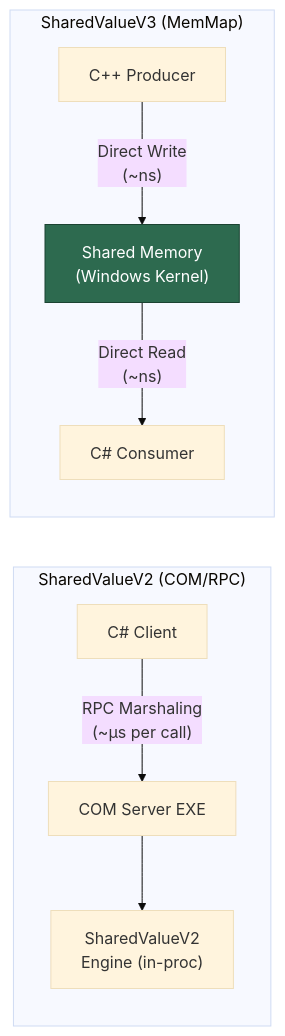
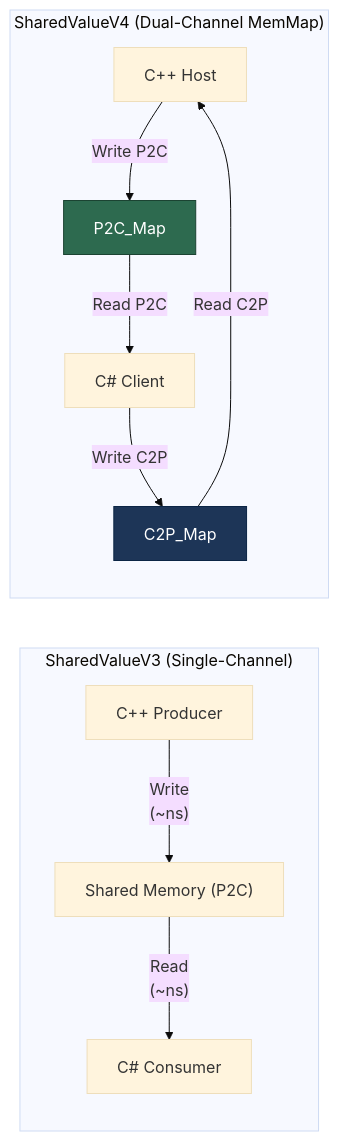
Before and after one commit to snodeplannen/sharedvar: the first of 23 diagrams in SharedValueV4/ARCHITECTURE.md, drawn with Mermaid (base theme). The commit also changed other lines of this file and 3 other files, not shown here.

First line of the commit message:
Fix Mermaid diagrams and differentiate V4 architecture docs

````diff
--- a/SharedValueV4/ARCHITECTURE.md
+++ b/SharedValueV4/ARCHITECTURE.md
@@ -33,14 +33,17 @@
 ```mermaid
 flowchart LR
-    subgraph "SharedValueV2 (COM/RPC)"
-        A["C# Client"] -->|"RPC Marshaling<br/>(~μs per call)"| B["COM Server EXE"]
-        B --> C["SharedValueV2<br/>Engine (in-proc)"]
+    subgraph "SharedValueV3 (Single-Channel)"
+        A["C++ Producer"] -->|"Write<br/>(~ns)"| B["Shared Memory (P2C)"]
+        B -->|"Read<br/>(~ns)"| C["C# Consumer"]
     end
 
-    subgraph "SharedValueV3 (MemMap)"
-        D["C++ Producer"] -->|"Direct Write<br/>(~ns)"| E["Shared Memory<br/>(Windows Kernel)"]
-        E -->|"Direct Read<br/>(~ns)"| F["C# Consumer"]
+    subgraph "SharedValueV4 (Dual-Channel MemMap)"
+        D["C++ Host"] -->|"Write P2C"| E["P2C_Map"]
+        F["C# Client"] -->|"Write C2P"| G["C2P_Map"]
+        E -->|"Read P2C"| F
+        G -->|"Read C2P"| D
     end
 
     style E fill:#2d6a4f,stroke:#1b4332,color:#fff
+    style G fill:#1d3557,stroke:#0b2545,color:#fff
 ```
````
